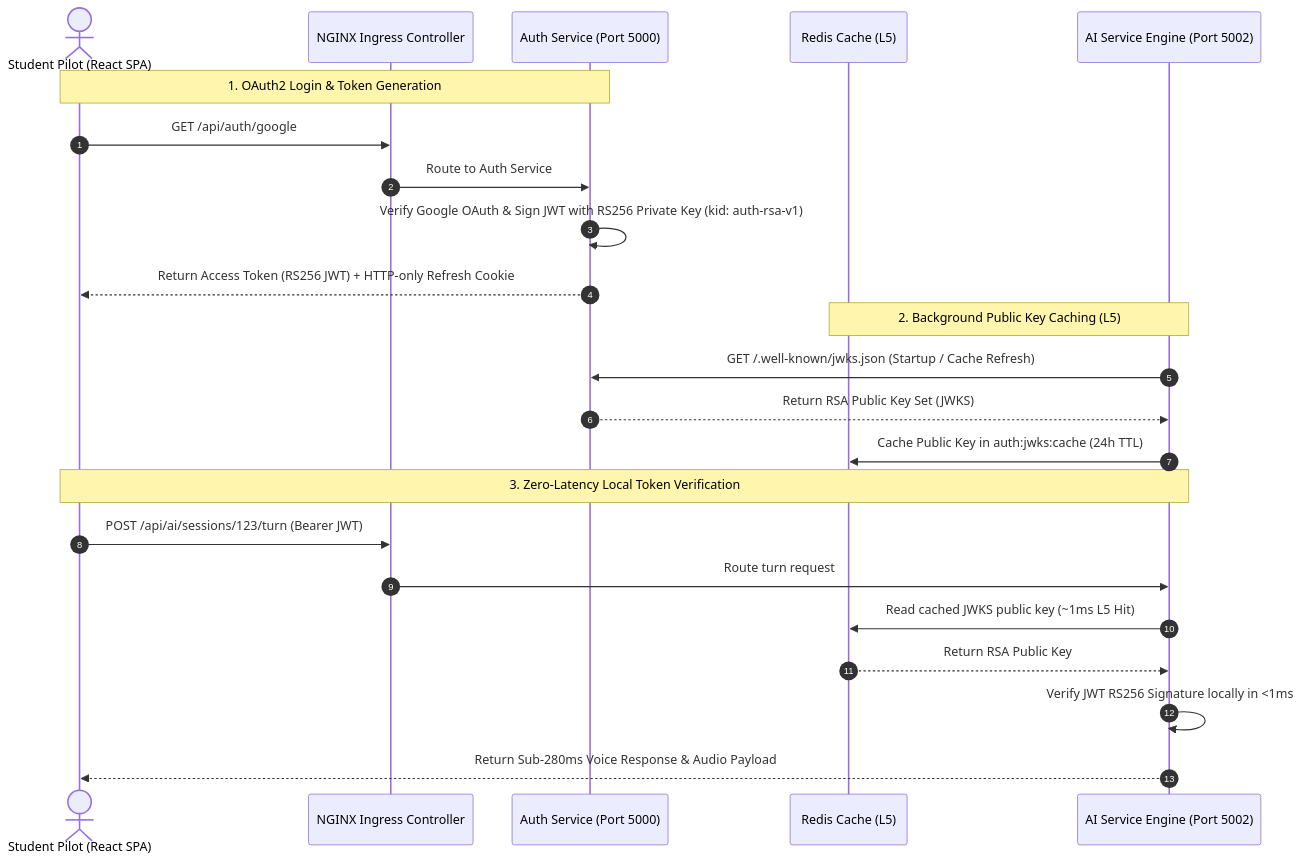
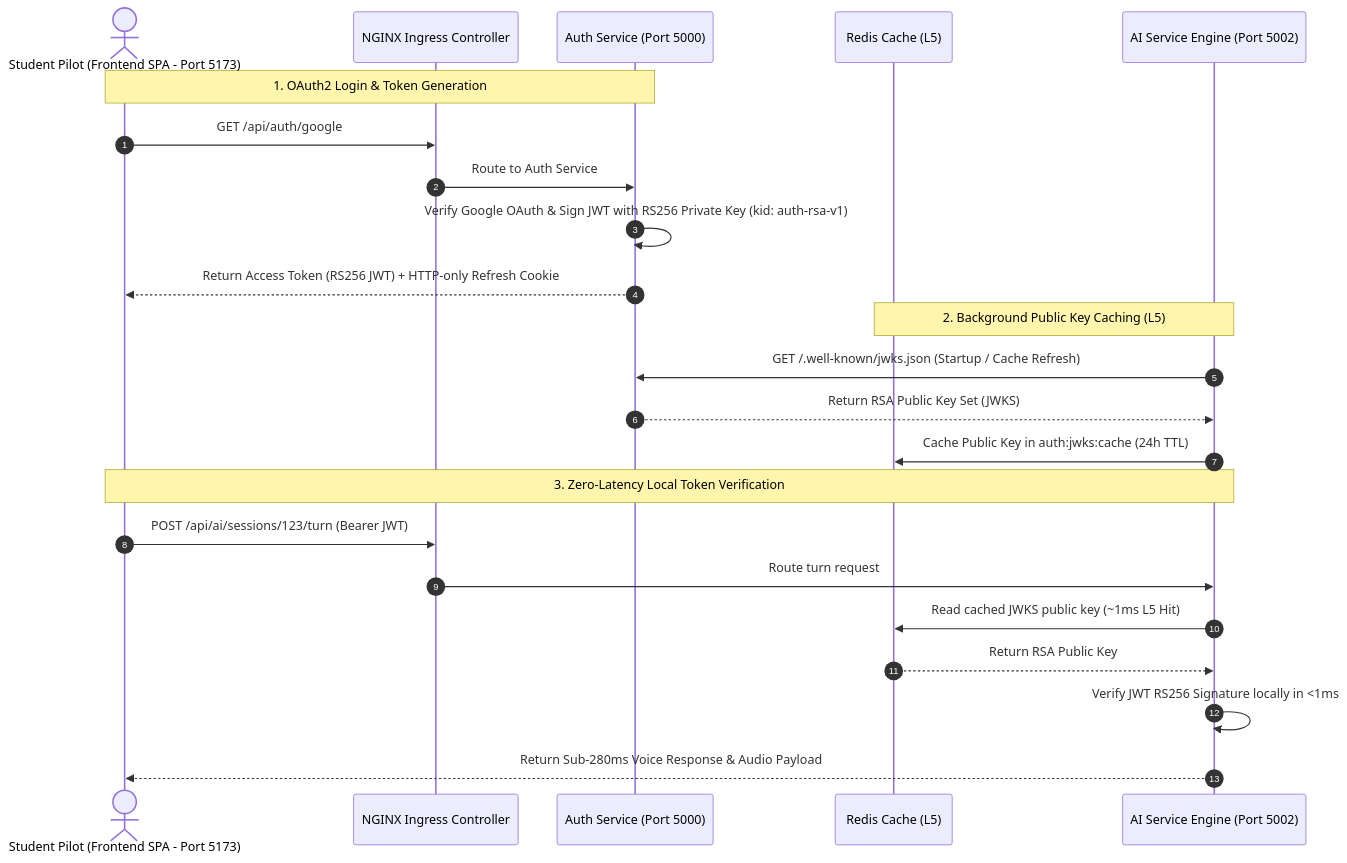
Before and after one commit to Sahil-coder-30/Flight_Prep_Voice_Agent: the diagram in Auth/README.md, drawn with Mermaid. The commit also changed 1 other file, not shown here.

Commit message:
docs: update architecture diagrams to clarify frontend and ingress layers

````diff
--- a/Auth/README.md
+++ b/Auth/README.md
@@ -65,28 +65,28 @@
 ```mermaid
 sequenceDiagram
     autonumber
-    actor Student as Student Pilot (React SPA)
+    actor Student as Student Pilot (Frontend SPA - Port 5173)
     participant Ingress as NGINX Ingress Controller
     participant Auth as Auth Service (Port 5000)
     participant Redis as Redis Cache (L5)
     participant AI as AI Service Engine (Port 5002)
 
     Note over Student, Auth: 1. OAuth2 Login & Token Generation
     Student->>Ingress: GET /api/auth/google
     Ingress->>Auth: Route to Auth Service
     Auth->>Auth: Verify Google OAuth & Sign JWT with RS256 Private Key (kid: auth-rsa-v1)
     Auth-->>Student: Return Access Token (RS256 JWT) + HTTP-only Refresh Cookie
 
     Note over AI, Redis: 2. Background Public Key Caching (L5)
     AI->>Auth: GET /.well-known/jwks.json (Startup / Cache Refresh)
     Auth-->>AI: Return RSA Public Key Set (JWKS)
     AI->>Redis: Cache Public Key in auth:jwks:cache (24h TTL)
 
     Note over Student, AI: 3. Zero-Latency Local Token Verification
     Student->>Ingress: POST /api/ai/sessions/123/turn (Bearer JWT)
     Ingress->>AI: Route turn request
     AI->>Redis: Read cached JWKS public key (~1ms L5 Hit)
     Redis-->>AI: Return RSA Public Key
     AI->>AI: Verify JWT RS256 Signature locally in <1ms
     AI-->>Student: Return Sub-280ms Voice Response & Audio Payload
 ```
````
